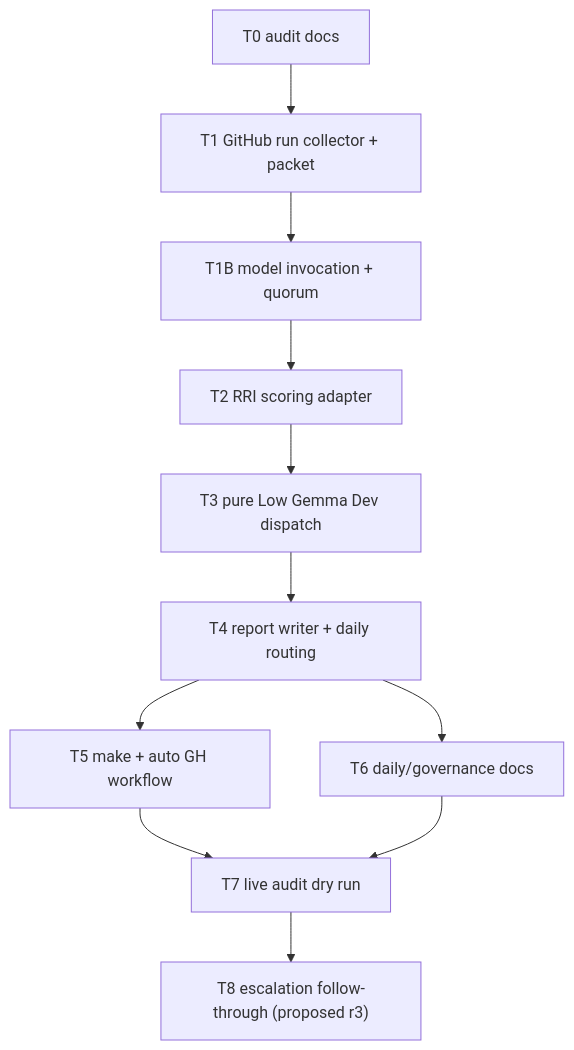
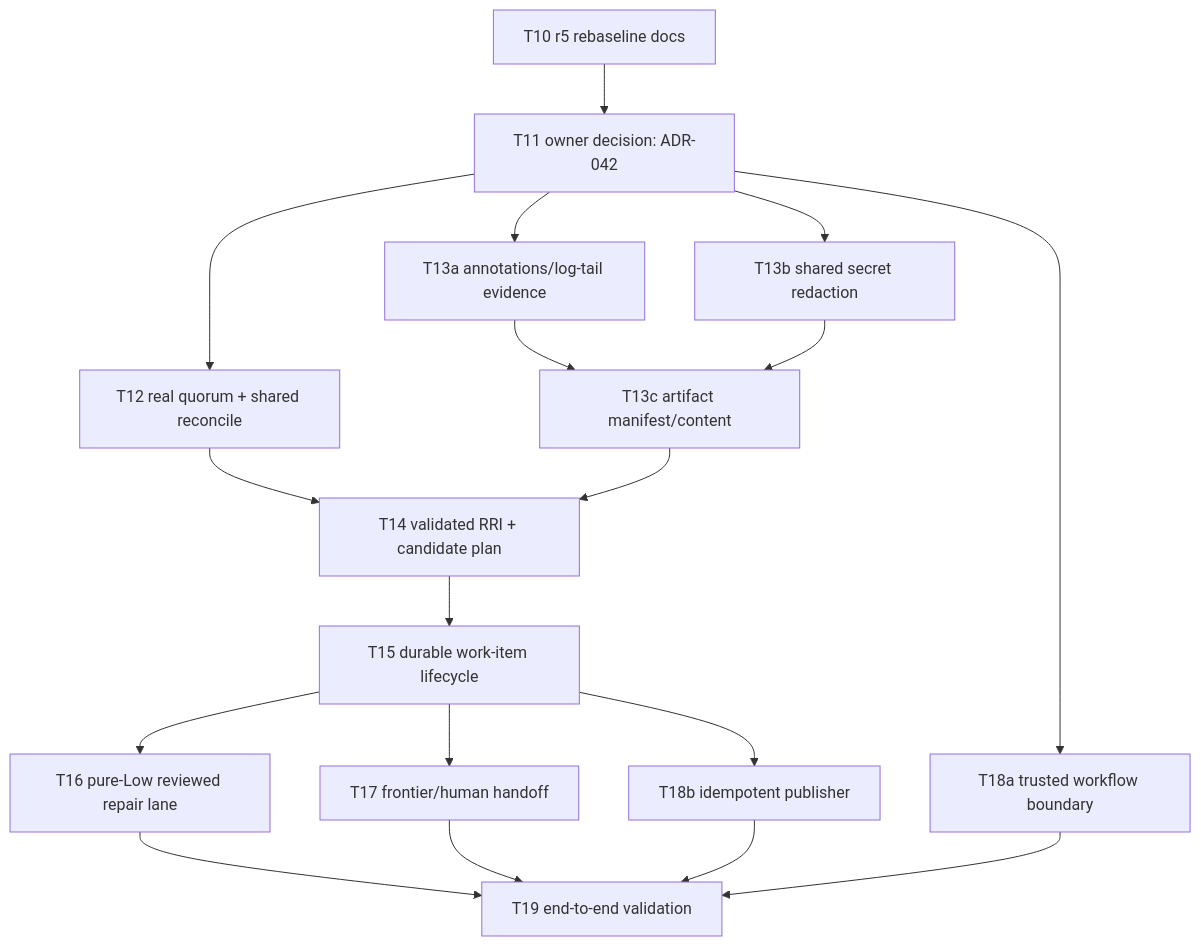
Before and after one commit to krukmat/dubbridge: the diagram in docs/tasks/gemma-push-reviewer-role.md, drawn with Mermaid. The commit also changed other lines of this file and 4 other files, not shown here.

````diff
--- a/docs/tasks/gemma-push-reviewer-role.md
+++ b/docs/tasks/gemma-push-reviewer-role.md
@@ -55,13 +68,20 @@
 ```mermaid
 flowchart TD
-    T0["T0 audit docs"] --> T1["T1 GitHub run collector + packet"]
-    T1 --> T1B["T1B model invocation + quorum"]
-    T1B --> T2["T2 RRI scoring adapter"]
-    T2 --> T3["T3 pure Low Gemma Dev dispatch"]
-    T3 --> T4["T4 report writer + daily routing"]
-    T4 --> T5["T5 make + auto GH workflow"]
-    T4 --> T6["T6 daily/governance docs"]
-    T5 --> T7["T7 live audit dry run"]
-    T6 --> T7
-    T7 --> T8["T8 escalation follow-through (proposed r3)"]
+    T10["T10 r5 rebaseline docs"] --> T11["T11 owner decision: ADR-042"]
+    T11 --> T12["T12 real quorum + shared reconcile"]
+    T11 --> T13A["T13a annotations/log-tail evidence"]
+    T11 --> T13B["T13b shared secret redaction"]
+    T13A --> T13C["T13c artifact manifest/content"]
+    T13B --> T13C
+    T12 --> T14["T14 validated RRI + candidate plan"]
+    T13C --> T14
+    T14 --> T15["T15 durable work-item lifecycle"]
+    T15 --> T16["T16 pure-Low reviewed repair lane"]
+    T15 --> T17["T17 frontier/human handoff"]
+    T11 --> T18A["T18a trusted workflow boundary"]
+    T15 --> T18B["T18b idempotent publisher"]
+    T16 --> T19["T19 end-to-end validation"]
+    T17 --> T19
+    T18A --> T19
+    T18B --> T19
 ```
````
